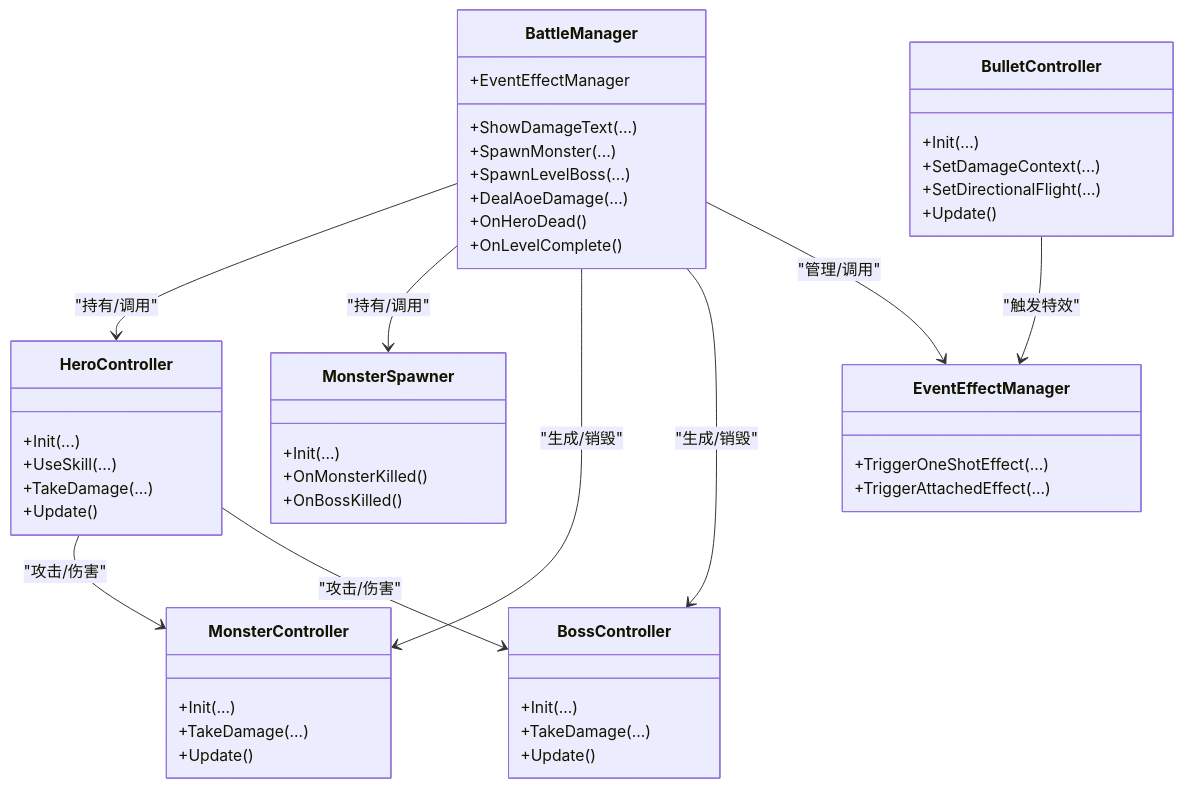
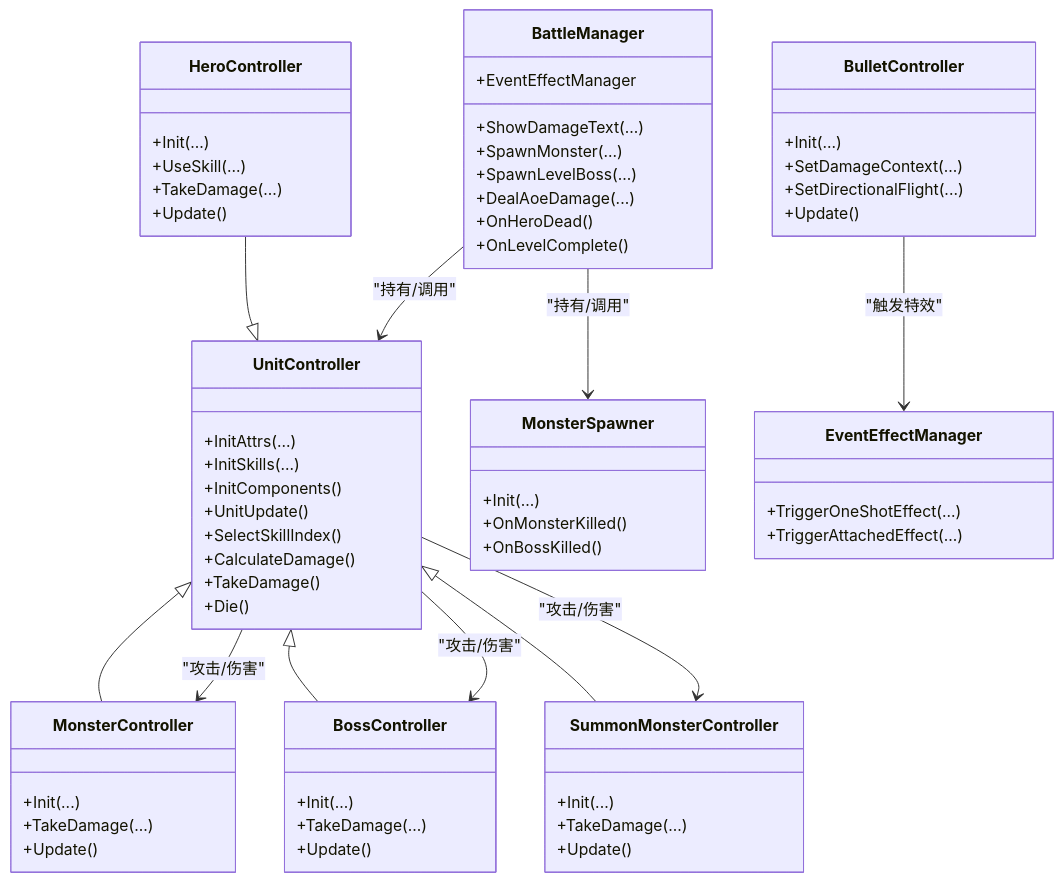
Before and after one commit to Tuusen/p1_client: the fourth of 9 diagrams in .qoder/repowiki/zh/content/战斗系统/战斗系统.md, drawn with Mermaid. The commit also changed other lines of this file and 13 other files, not shown here.

````diff
--- a/.qoder/repowiki/zh/content/战斗系统/战斗系统.md
+++ b/.qoder/repowiki/zh/content/战斗系统/战斗系统.md
@@ -167,51 +251,68 @@
 ```mermaid
 classDiagram
 class BattleManager {
 +ShowDamageText(...)
 +SpawnMonster(...)
 +SpawnLevelBoss(...)
 +DealAoeDamage(...)
 +OnHeroDead()
 +OnLevelComplete()
 +EventEffectManager
+}
+class UnitController {
++InitAttrs(...)
++InitSkills(...)
++InitComponents()
++UnitUpdate()
++SelectSkillIndex()
++CalculateDamage()
++TakeDamage()
++Die()
 }
 class HeroController {
 +Init(...)
 +UseSkill(...)
 +TakeDamage(...)
 +Update()
 }
 class MonsterController {
 +Init(...)
 +TakeDamage(...)
 +Update()
 }
 class BossController {
++Init(...)
++TakeDamage(...)
++Update()
+}
+class SummonMonsterController {
 +Init(...)
 +TakeDamage(...)
 +Update()
 }
 class MonsterSpawner {
 +Init(...)
 +OnMonsterKilled()
 +OnBossKilled()
 }
 class EventEffectManager {
 +TriggerOneShotEffect(...)
 +TriggerAttachedEffect(...)
 }
 class BulletController {
 +Init(...)
 +SetDamageContext(...)
 +SetDirectionalFlight(...)
 +Update()
 }
-BattleManager --> HeroController : "持有/调用"
+BattleManager --> UnitController : "持有/调用"
 BattleManager --> MonsterSpawner : "持有/调用"
-BattleManager --> MonsterController : "生成/销毁"
-BattleManager --> BossController : "生成/销毁"
-BattleManager --> EventEffectManager : "管理/调用"
-HeroController --> MonsterController : "攻击/伤害"
-HeroController --> BossController : "攻击/伤害"
+UnitController --> MonsterController : "攻击/伤害"
+UnitController --> BossController : "攻击/伤害"
+UnitController --> SummonMonsterController : "攻击/伤害"
+HeroController --|> UnitController
+MonsterController --|> UnitController
+BossController --|> UnitController
+SummonMonsterController --|> UnitController
 BulletController --> EventEffectManager : "触发特效"
 ```
````
